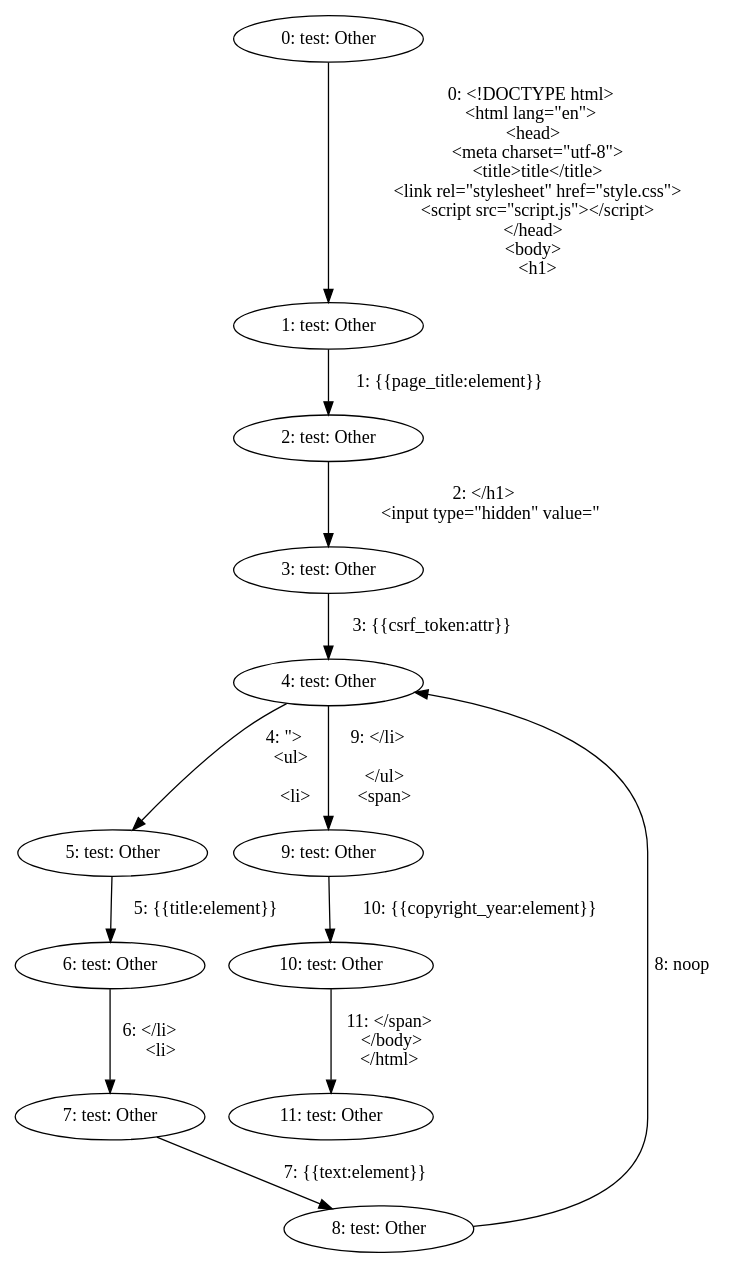
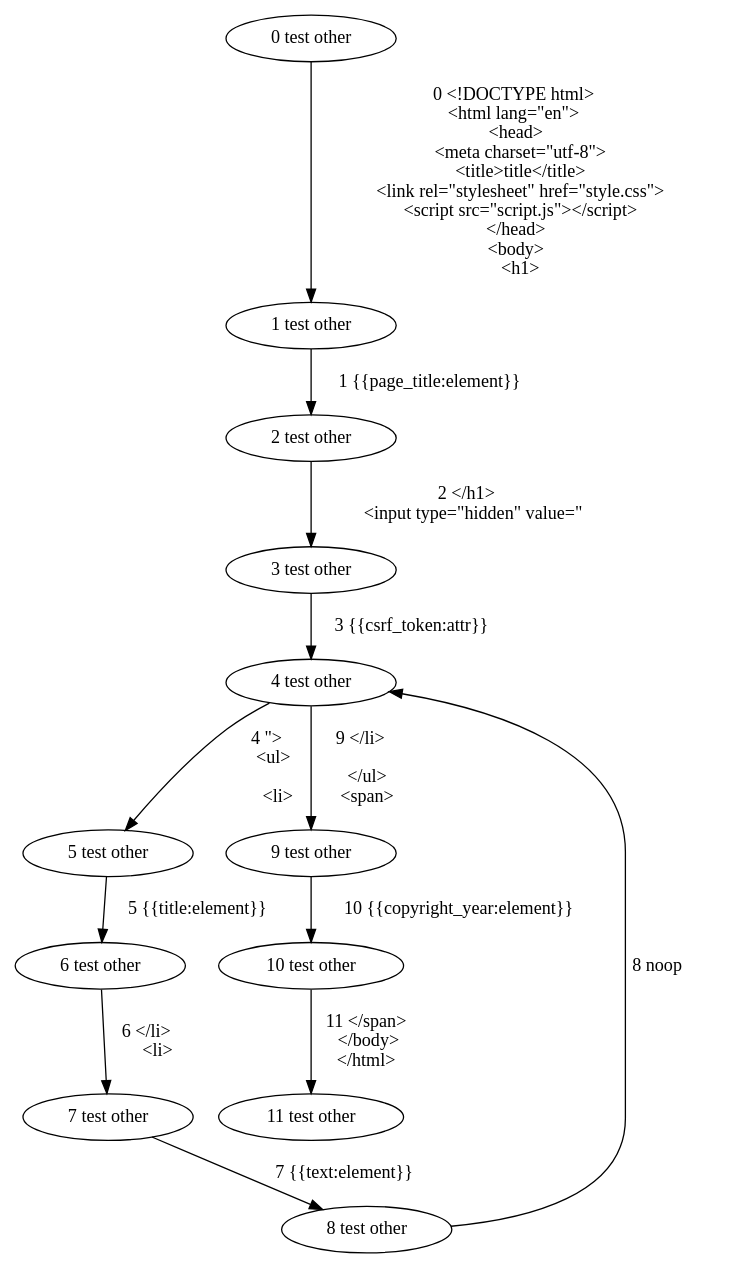
Before and after one commit to mohe2015/zero-cost-templating: the diagram in zero-cost-templating/test.dot, drawn with Graphviz. The commit also changed 4 other files, not shown here.

```diff
--- a/zero-cost-templating/test.dot
+++ b/zero-cost-templating/test.dot
@@ -1,45 +1,45 @@
 digraph {
-    0 [ label = "0: test: Other"]
-    1 [ label = "1: test: Other"]
-    2 [ label = "2: test: Other"]
-    3 [ label = "3: test: Other"]
-    4 [ label = "4: test: Other"]
-    5 [ label = "5: test: Other"]
-    6 [ label = "6: test: Other"]
-    7 [ label = "7: test: Other"]
-    8 [ label = "8: test: Other"]
-    9 [ label = "9: test: Other"]
-    10 [ label = "10: test: Other"]
-    11 [ label = "11: test: Other"]
-    0 -> 1 [ label = "0: <!DOCTYPE html>
+    0 [ label = "0 test other"]
+    1 [ label = "1 test other"]
+    2 [ label = "2 test other"]
+    3 [ label = "3 test other"]
+    4 [ label = "4 test other"]
+    5 [ label = "5 test other"]
+    6 [ label = "6 test other"]
+    7 [ label = "7 test other"]
+    8 [ label = "8 test other"]
+    9 [ label = "9 test other"]
+    10 [ label = "10 test other"]
+    11 [ label = "11 test other"]
+    0 -> 1 [ label = "0 <!DOCTYPE html>
 <html lang=\"en\">
   <head>
     <meta charset=\"utf-8\">
     <title>title</title>
     <link rel=\"stylesheet\" href=\"style.css\">
     <script src=\"script.js\"></script>
   </head>
   <body>
     <h1>"]
-    1 -> 2 [ label = "1: {{page_title:element}}"]
-    2 -> 3 [ label = "2: </h1>
+    1 -> 2 [ label = "1 {{page_title:element}}"]
+    2 -> 3 [ label = "2 </h1>
     <input type=\"hidden\" value=\""]
-    3 -> 4 [ label = "3: {{csrf_token:attr}}"]
-    4 -> 5 [ label = "4: \">
+    3 -> 4 [ label = "3 {{csrf_token:attr}}"]
+    4 -> 5 [ label = "4 \">
     <ul>
     
       <li>"]
-    5 -> 6 [ label = "5: {{title:element}}"]
-    6 -> 7 [ label = "6: </li>
+    5 -> 6 [ label = "5 {{title:element}}"]
+    6 -> 7 [ label = "6 </li>
       <li>"]
-    7 -> 8 [ label = "7: {{text:element}}"]
-    8 -> 4 [ label = "8: noop"]
-    4 -> 9 [ label = "9: </li>
+    7 -> 8 [ label = "7 {{text:element}}"]
+    8 -> 4 [ label = "8 noop"]
+    4 -> 9 [ label = "9 </li>
     
     </ul>
     <span>"]
-    9 -> 10 [ label = "10: {{copyright_year:element}}"]
-    10 -> 11 [ label = "11: </span>
+    9 -> 10 [ label = "10 {{copyright_year:element}}"]
+    10 -> 11 [ label = "11 </span>
   </body>
 </html>"]
 }
```
